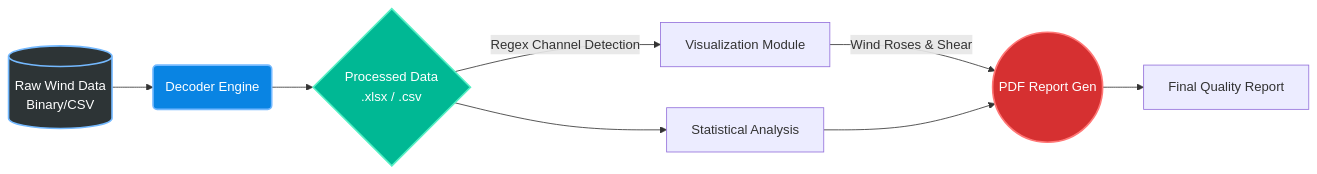
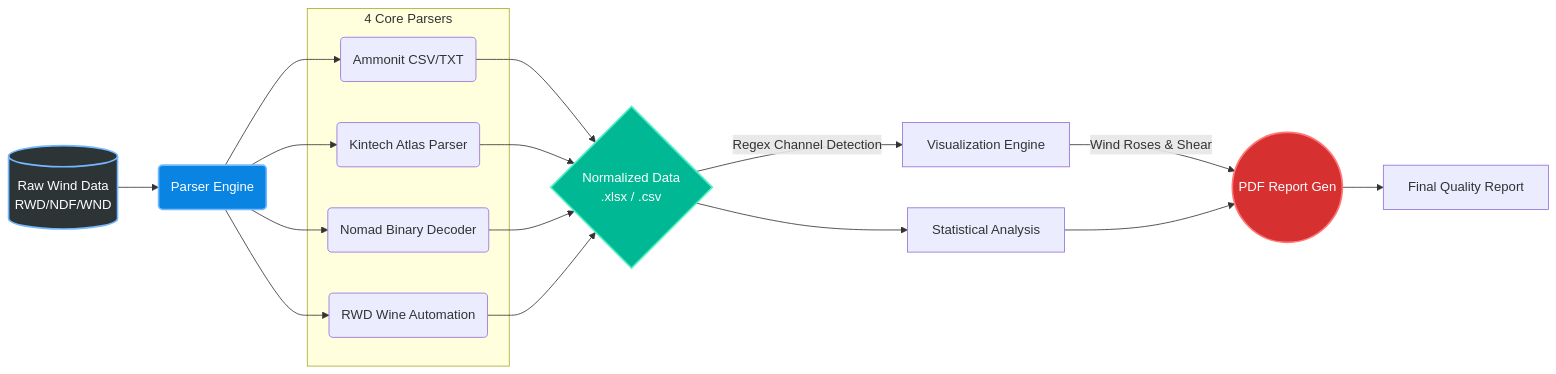
Before and after one commit to navneethtripathy/NIWE_Parser: the diagram in README.md, drawn with Mermaid. The commit also changed other lines of this file, not shown here.

````diff
--- a/README.md
+++ b/README.md
@@ -57,15 +84,24 @@
 ```mermaid
 graph LR
-    A[(Raw Wind Data<br>Binary/CSV)] --> B(Decoder Engine)
-    B --> C{Processed Data<br>.xlsx / .csv}
-    C -->|Regex Channel Detection| D[Visualization Module]
+    A[(Raw Wind Data<br>RWD/NDF/WND)] --> B(Parser Engine)
+    
+    subgraph 4 Core Parsers
+        B1(Ammonit CSV/TXT)
+        B2(Kintech Atlas Parser)
+        B3(Nomad Binary Decoder)
+        B4(RWD Wine Automation)
+    end
+    
+    B --> B1 & B2 & B3 & B4
+    B1 & B2 & B3 & B4 --> C{Normalized Data<br>.xlsx / .csv}
+    C -->|Regex Channel Detection| D[Visualization Engine]
     C --> E[Statistical Analysis]
     D -->|Wind Roses & Shear| F((PDF Report Gen))
     E --> F
     F --> G[Final Quality Report]
     
     style A fill:#2d3436,stroke:#74b9ff,stroke-width:2px,color:#fff
     style B fill:#0984e3,stroke:#74b9ff,stroke-width:2px,color:#fff
     style C fill:#00b894,stroke:#55efc4,stroke-width:2px,color:#fff
     style F fill:#d63031,stroke:#ff7675,stroke-width:2px,color:#fff
 ```
````
